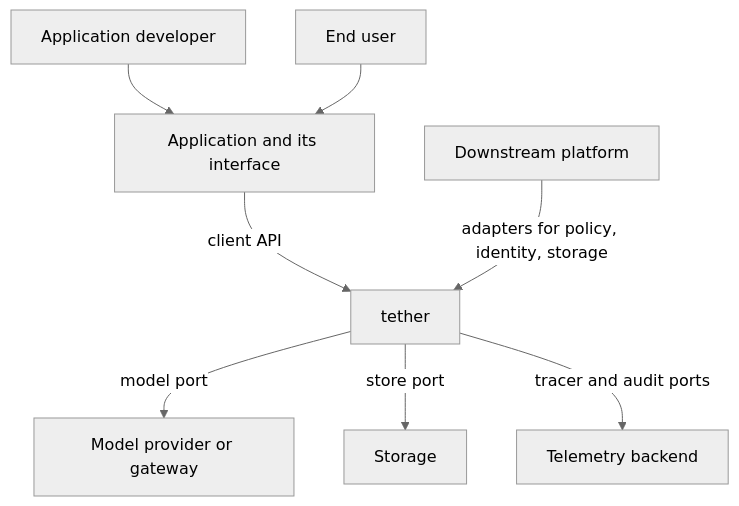
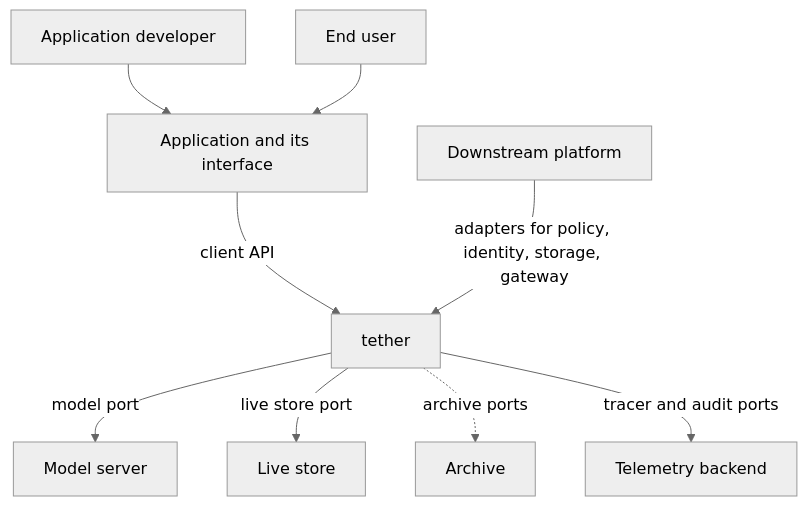
Before and after one commit to DocumentDrivenDX/tether: the first of 3 diagrams in docs/helix/02-design/architecture.md, drawn with Mermaid (neutral theme). The commit also changed other lines of this file and 42 other files, not shown here.

First line of the commit message:
Design: storage ports, trust and state ownership, ADR-014..020, contract rewrites, architecture

````diff
--- a/docs/helix/02-design/architecture.md
+++ b/docs/helix/02-design/architecture.md
@@ -50,10 +71,11 @@
 ```mermaid
 graph TB
     Dev[Application developer] --> App[Application and its interface]
     User[End user] --> App
     App -->|client API| T[tether]
-    T -->|model port| M[Model provider or gateway]
-    T -->|store port| S[Storage]
+    T -->|model port| M[Model server]
+    T -->|live store port| S[Live store]
+    T -.->|archive ports| A[Archive]
     T -->|tracer and audit ports| O[Telemetry backend]
-    P[Downstream platform] -->|adapters for policy, identity, storage| T
+    P[Downstream platform] -->|adapters for policy, identity, storage, gateway| T
 ```
````
